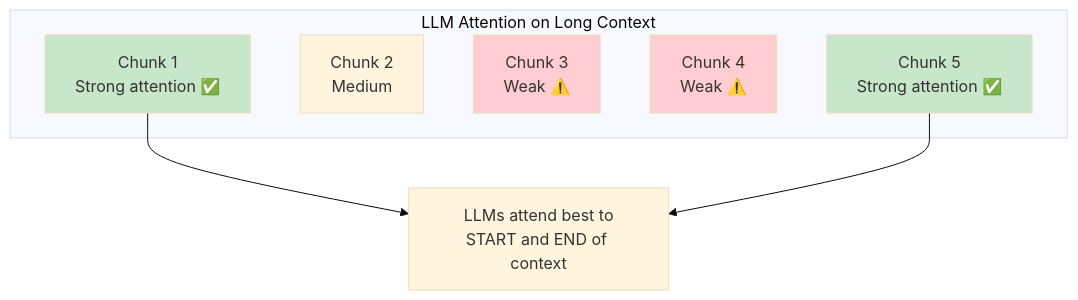
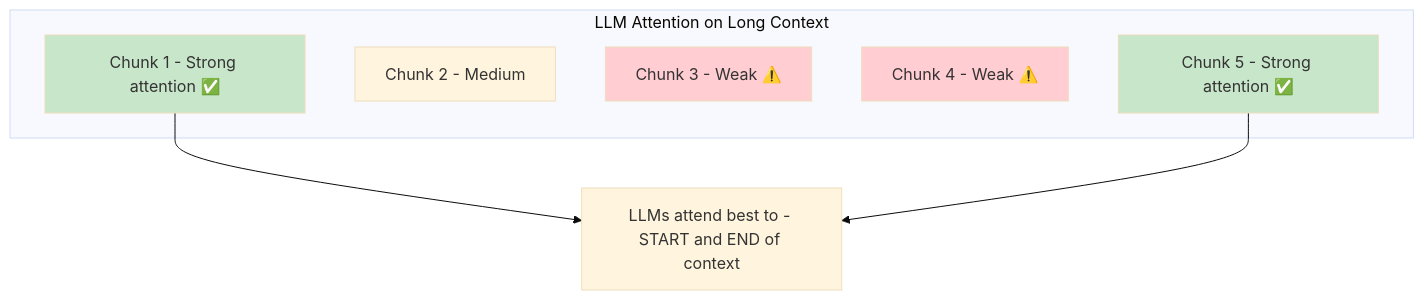
Diagram 11 of 15 in docs/learning/03-rag-fundamentals.md (indhra/llm_rag_sec_findings), drawn with Mermaid (base theme) before and after one commit. The commit also changed other lines of this file and 9 other files, not shown here.

````diff
--- a/docs/learning/03-rag-fundamentals.md
+++ b/docs/learning/03-rag-fundamentals.md
@@ -382,20 +382,20 @@
 ```mermaid
 graph TD
     subgraph "LLM Attention on Long Context"
-        C1[Chunk 1<br/>Strong attention ✅] 
-        C2[Chunk 2<br/>Medium]
-        C3[Chunk 3<br/>Weak ⚠️]
-        C4[Chunk 4<br/>Weak ⚠️]
-        C5[Chunk 5<br/>Strong attention ✅]
+        C1[Chunk 1 - Strong attention ✅] 
+        C2[Chunk 2 - Medium]
+        C3[Chunk 3 - Weak ⚠️]
+        C4[Chunk 4 - Weak ⚠️]
+        C5[Chunk 5 - Strong attention ✅]
     end
     
-    A[LLMs attend best to<br/>START and END of context]
+    A[LLMs attend best to - START and END of context]
     
     C1 --> A
     C5 --> A
     
     style C1 fill:#c8e6c9
     style C5 fill:#c8e6c9
     style C3 fill:#ffcdd2
     style C4 fill:#ffcdd2
 ```
````
